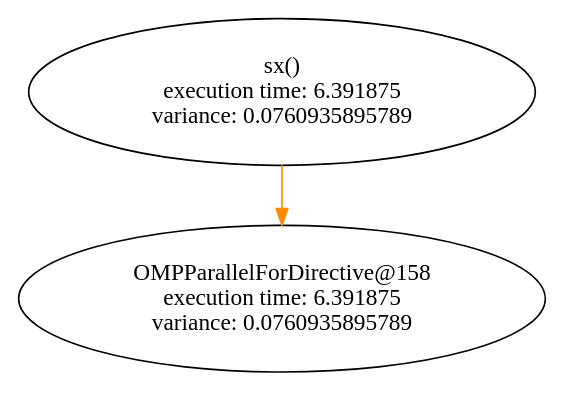
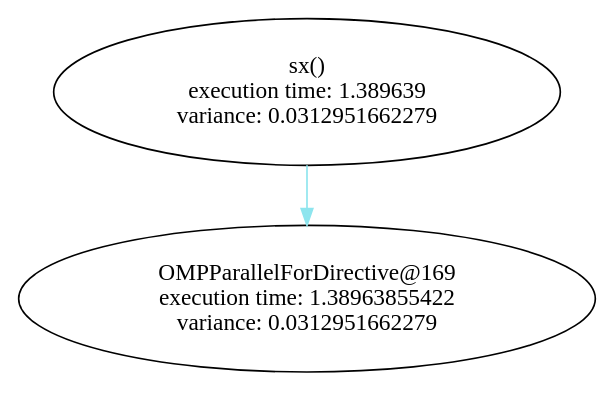
One commit to filippobrizzi/soma changed the diagram in graph_sched/graphs/sx_code.dot. Above: the diagram before and after it, drawn with Graphviz. The commit also changed 25 other files, not shown here.

```diff
--- a/graph_sched/graphs/sx_code.dot
+++ b/graph_sched/graphs/sx_code.dot
@@ -1,7 +1,7 @@
 digraph G {
 	node [label="\N"];
-	graph [bb="0,0,316,212"];
-	sx [label="sx()\n execution time: 6.391875\nvariance: 0.0760935895789", pos="158,168", width="4.2222", height="1.2222"];
-	"OMPParallelForDirective@158" [label="OMPParallelForDirective@158\n execution time: 6.391875\nvariance: 0.0760935895789", pos="158,44", width="4.3889", height="1.2222"];
-	sx -> "OMPParallelForDirective@158" [color=darkorange, pos="e,158,88.343 158,123.93 158,115.72 158,107.04 158,98.557"];
+	graph [bb="0,0,346,212"];
+	sx [label="sx()\n execution time: 1.389639\nvariance: 0.0312951662279", pos="173,168", width="4.2222", height="1.2222"];
+	"OMPParallelForDirective@169" [label="OMPParallelForDirective@169\n execution time: 1.38963855422\nvariance: 0.0312951662279", pos="173,44", width="4.8056", height="1.2222"];
+	sx -> "OMPParallelForDirective@169" [color=cadetblue2, pos="e,173,88.343 173,123.93 173,115.72 173,107.04 173,98.557"];
 }
```
